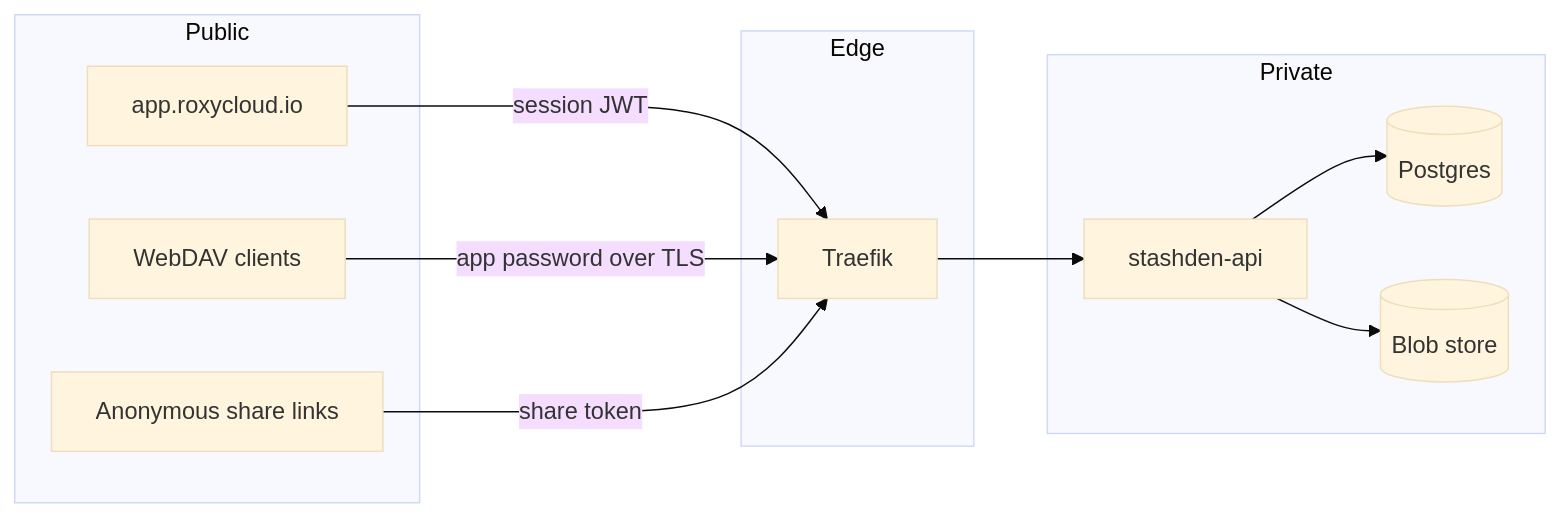
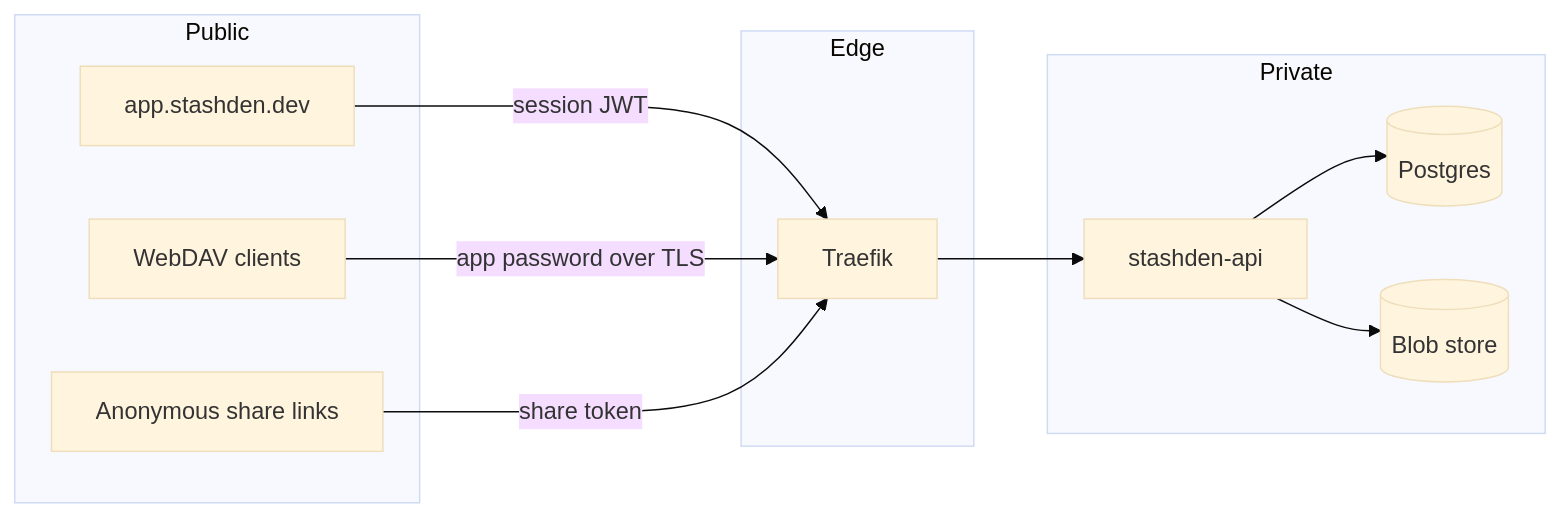
The third of 4 diagrams in ARCHITECTURE.md (FerrLabs/RoxyCloud), drawn with Mermaid (base theme) before and after one commit. The commit also changed other lines of this file and 25 other files, not shown here.

Commit message:
feat: call the product Stashden in the app, the site and the docs (#251)

````diff
--- a/ARCHITECTURE.md
+++ b/ARCHITECTURE.md
@@ -358,23 +359,23 @@
 ```mermaid
 flowchart LR
     subgraph Public
-        SPA[app.roxycloud.io]
+        SPA[app.stashden.dev]
         DAV[WebDAV clients]
         LINK[Anonymous share links]
     end
     subgraph Edge
         TR[Traefik]
     end
     subgraph Private
         API[stashden-api]
         PG[(Postgres)]
         BS[(Blob store)]
     end
 
     SPA -->|session JWT| TR
     DAV -->|app password over TLS| TR
     LINK -->|share token| TR
     TR --> API
     API --> PG
     API --> BS
 ```
````
